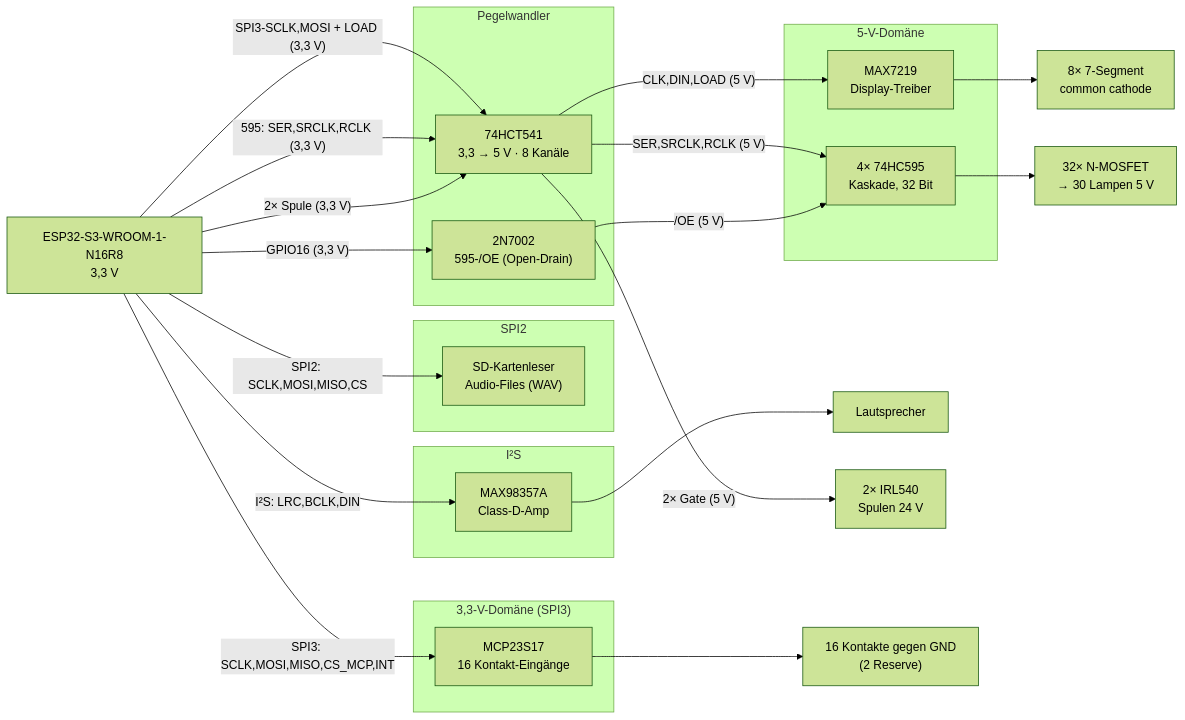
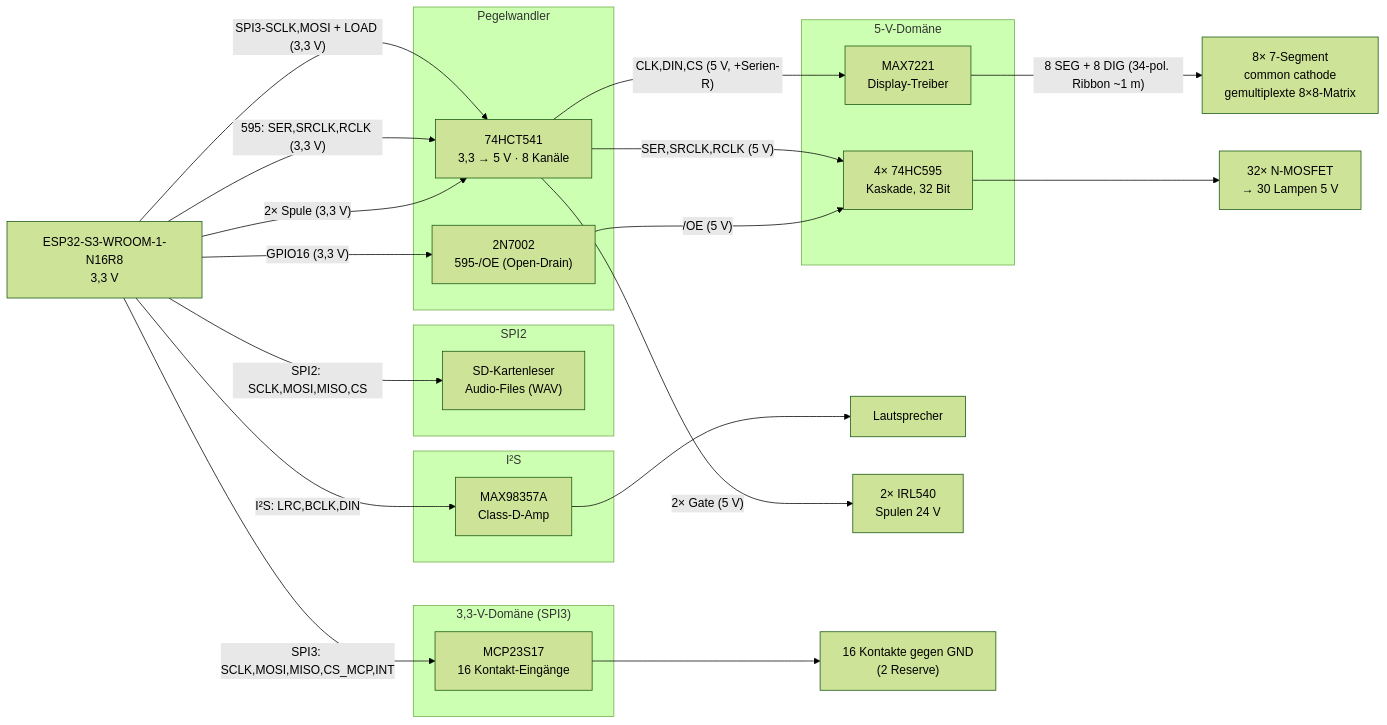
One commit to bontango/kegelautomat changed the diagram in Steuerplatine_Doku.md. Above: the diagram before and after it, drawn with Mermaid (forest theme). The commit also changed other lines of this file and 3 other files, not shown here.

First line of the commit message:
Display: MAX7221 statt 7219 (Variante B) + SC08-11EWA/RSET dokumentiert

````diff
--- a/Steuerplatine_Doku.md
+++ b/Steuerplatine_Doku.md
@@ -41,44 +41,44 @@
 ```mermaid
 graph LR
     ESP["ESP32-S3-WROOM-1-N16R8<br/>3,3 V"]
 
     subgraph SPI2["SPI2"]
         SD["SD-Kartenleser<br/>Audio-Files (WAV)"]
     end
 
     subgraph I2S["I²S"]
         AMP["MAX98357A<br/>Class-D-Amp"]
     end
 
     subgraph LV["3,3-V-Domäne (SPI3)"]
         MCP["MCP23S17<br/>16 Kontakt-Eingänge"]
     end
 
     subgraph BUF["Pegelwandler"]
         HCT["74HCT541<br/>3,3 → 5 V · 8 Kanäle"]
         Q["2N7002<br/>595-/OE (Open-Drain)"]
     end
 
     subgraph HV["5-V-Domäne"]
         SR["4× 74HC595<br/>Kaskade, 32 Bit"]
-        MAX["MAX7219<br/>Display-Treiber"]
+        MAX["MAX7221<br/>Display-Treiber"]
     end
 
     ESP -- "SPI2: SCLK,MOSI,MISO,CS" --> SD
     ESP -- "I²S: LRC,BCLK,DIN" --> AMP
     AMP --> SPK["Lautsprecher"]
     ESP -- "SPI3: SCLK,MOSI,MISO,CS_MCP,INT" --> MCP
     ESP -- "SPI3-SCLK,MOSI + LOAD (3,3 V)" --> HCT
     ESP -- "595: SER,SRCLK,RCLK (3,3 V)" --> HCT
     ESP -- "GPIO16 (3,3 V)" --> Q
     ESP -- "2× Spule (3,3 V)" --> HCT
 
-    HCT -- "CLK,DIN,LOAD (5 V)" --> MAX
+    HCT -- "CLK,DIN,CS (5 V, +Serien-R)" --> MAX
     HCT -- "SER,SRCLK,RCLK (5 V)" --> SR
     Q -- "/OE (5 V)" --> SR
     HCT -- "2× Gate (5 V)" --> IRL["2× IRL540<br/>Spulen 24 V"]
 
     SR --> LAMPS["32× N-MOSFET<br/>→ 30 Lampen 5 V"]
-    MAX --> DISP["8× 7-Segment<br/>common cathode"]
+    MAX -- "8 SEG + 8 DIG (34-pol. Ribbon ~1 m)" --> DISP["8× 7-Segment<br/>common cathode<br/>gemultiplexte 8×8-Matrix"]
     MCP --> CONT["16 Kontakte gegen GND<br/>(2 Reserve)"]
 ```
````
